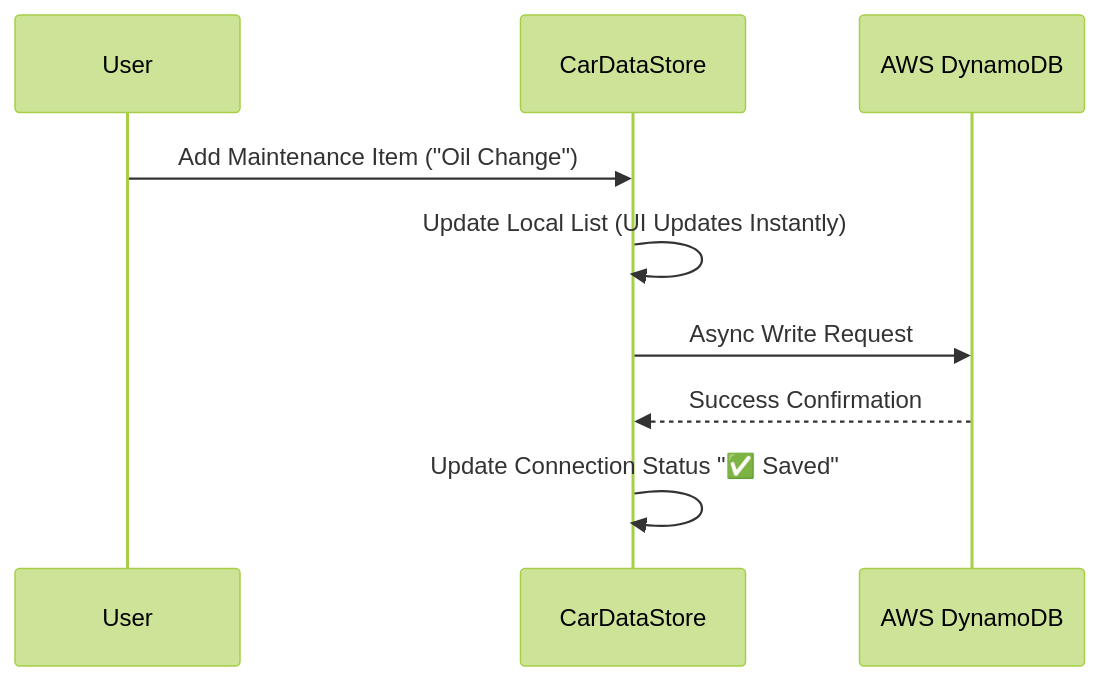
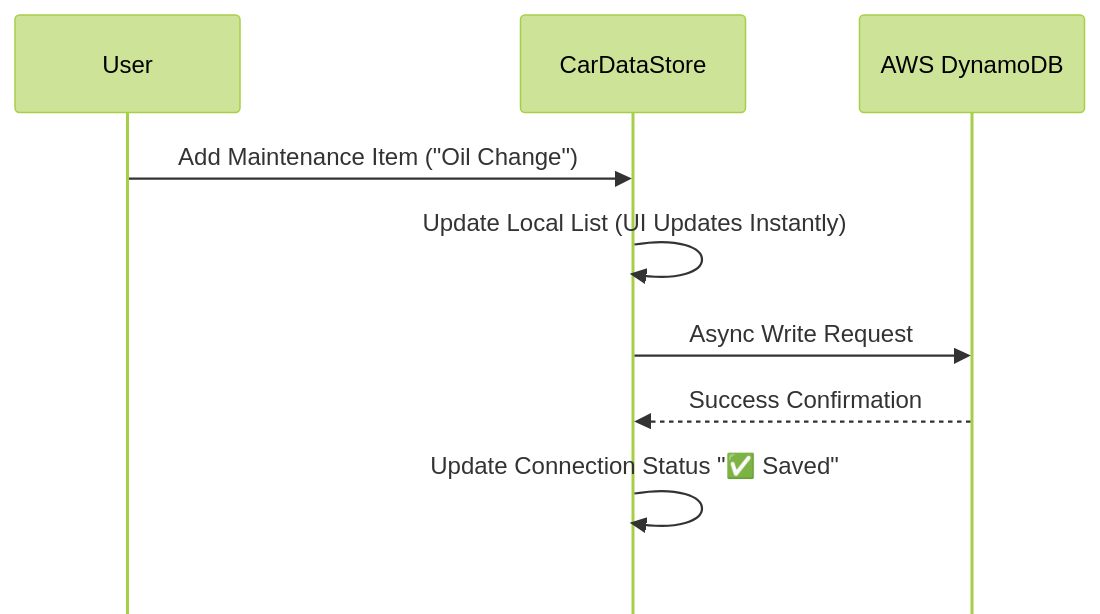
The second of 3 diagrams in README.md (jonocorpuz/gauge), drawn with Mermaid (forest theme) before and after one commit. The commit also changed other lines of this file, not shown here.

````diff
--- a/README.md
+++ b/README.md
@@ -99,12 +99,13 @@
 ```mermaid
+%%{init: { 'sequence': {'mirrorActors': false} } }%%
 sequenceDiagram
     participant User
     participant VM as CarDataStore
     participant AWS as AWS DynamoDB
 
     User->>VM: Add Maintenance Item ("Oil Change")
     VM->>VM: Update Local List (UI Updates Instantly)
     VM->>AWS: Async Write Request
     AWS-->>VM: Success Confirmation
     VM->>VM: Update Connection Status "✅ Saved"
 ```
````
